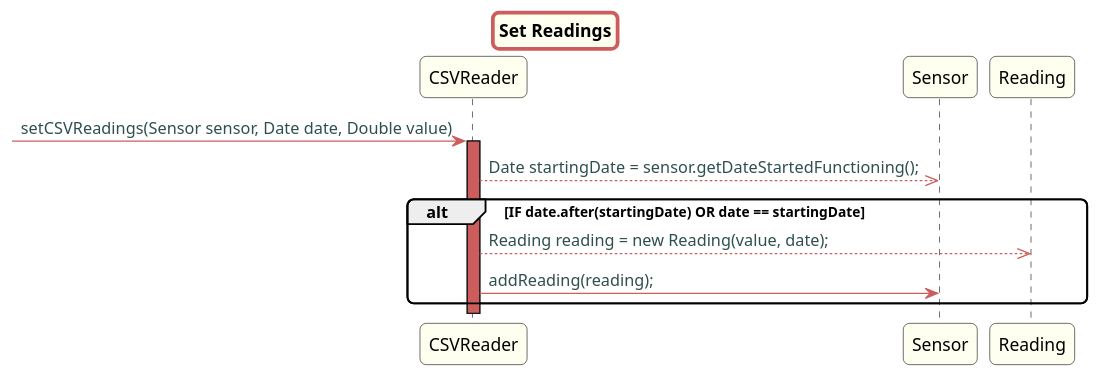
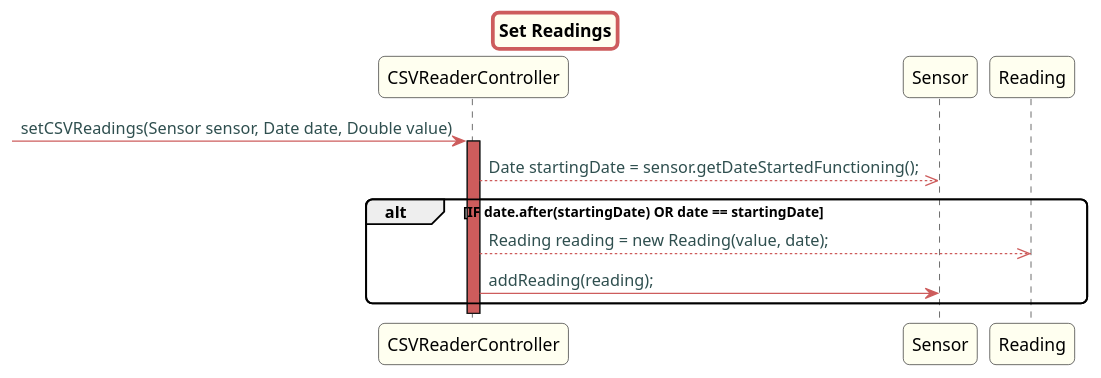
Before and after one commit to Almadanmp/project: the diagram in src/doc/Controllers/HouseConfiguration/US20/US20SetReadings.puml, drawn with PlantUML. The commit also changed 6 other files, not shown here.

Commit message:
Ref #160 Updates all US UML Diagrams for new Controller Class

```diff
--- a/src/doc/Controllers/HouseConfiguration/US20/US20SetReadings.puml
+++ b/src/doc/Controllers/HouseConfiguration/US20/US20SetReadings.puml
@@ -1,44 +1,44 @@
 @startuml
 
 title Set Readings
 
 skinparam titleBorderRoundCorner 10
 skinparam titleBorderThickness 3
 skinparam titleBorderColor indianred
 skinparam titleBackgroundColor ivory
 skinparam FontName quicksand
 
 skinparam actor {
  	BorderColor indianred
  	}
 
  skinparam sequence {
  	LifeLineBackgroundColor indianred
  	ParticipantBackgroundColor ivory
  }
 
  skinparam roundcorner 10
 
  skinparam component {
    arrowThickness 1
    ArrowFontName Verdana
    ArrowColor indianred
    ArrowFontColor darkslategrey
  }
 
 
 
--> CSVReader: setCSVReadings(Sensor sensor, Date date, Double value)
-activate CSVReader
-CSVReader -->> Sensor: Date startingDate = sensor.getDateStartedFunctioning();
+-> CSVReaderController: setCSVReadings(Sensor sensor, Date date, Double value)
+activate CSVReaderController
+CSVReaderController -->> Sensor: Date startingDate = sensor.getDateStartedFunctioning();
 alt IF date.after(startingDate) OR date == startingDate
 
-CSVReader -->> Reading: Reading reading = new Reading(value, date);
-CSVReader -> Sensor: addReading(reading);
+CSVReaderController -->> Reading: Reading reading = new Reading(value, date);
+CSVReaderController -> Sensor: addReading(reading);
 
 
 end
 
 
 
 @enduml
```
